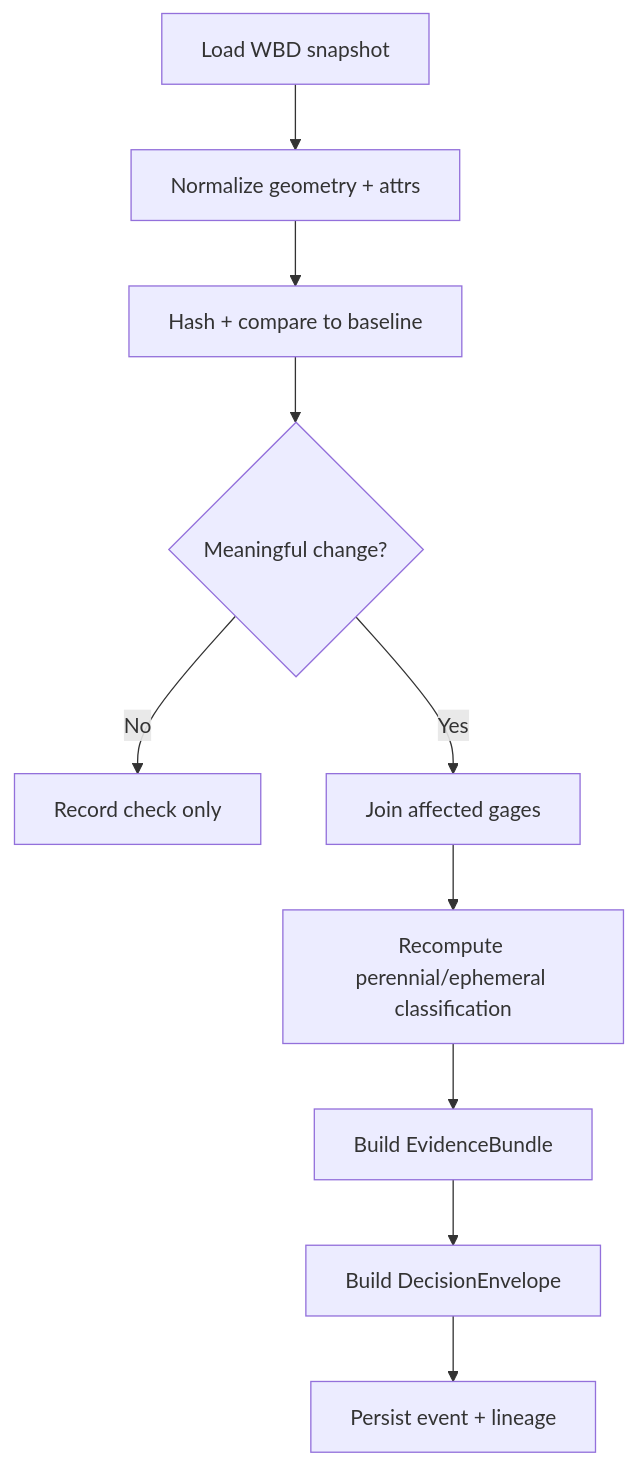
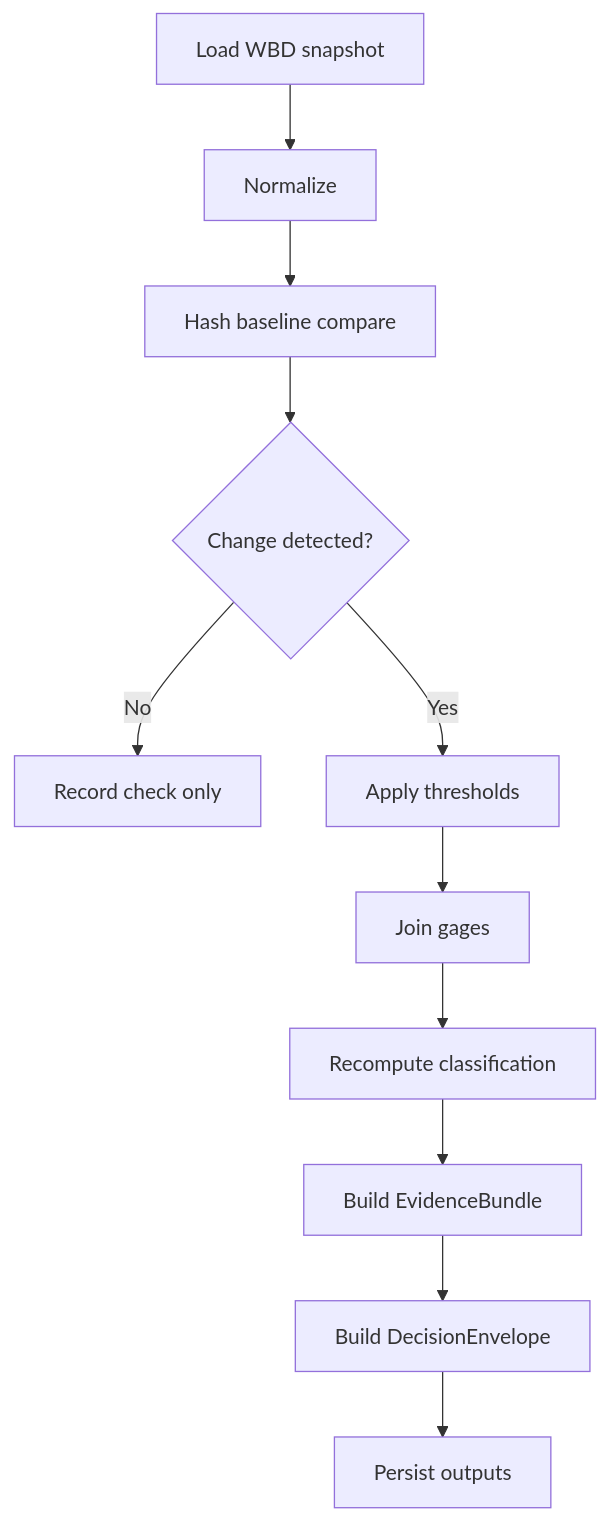
One commit to bartytime4life/Kansas-Frontier-Matrix changed the diagram in pipelines/wbd-huc12-watcher/README.md. Above: the diagram before and after it, drawn with Mermaid. The commit also changed other lines of this file, not shown here.

````diff
--- a/pipelines/wbd-huc12-watcher/README.md
+++ b/pipelines/wbd-huc12-watcher/README.md
@@ -256,12 +132,13 @@
 ```mermaid
 flowchart TD
-    A[Load WBD snapshot] --> B[Normalize geometry + attrs]
-    B --> C[Hash + compare to baseline]
-    C --> D{Meaningful change?}
+    A[Load WBD snapshot] --> B[Normalize]
+    B --> C[Hash baseline compare]
+    C --> D{Change detected?}
     D -- No --> E[Record check only]
-    D -- Yes --> F[Join affected gages]
-    F --> G[Recompute perennial/ephemeral classification]
-    G --> H[Build EvidenceBundle]
-    H --> I[Build DecisionEnvelope]
-    I --> J[Persist event + lineage]
+    D -- Yes --> F[Apply thresholds]
+    F --> G[Join gages]
+    G --> H[Recompute classification]
+    H --> I[Build EvidenceBundle]
+    I --> J[Build DecisionEnvelope]
+    J --> K[Persist outputs]
 ```
````
